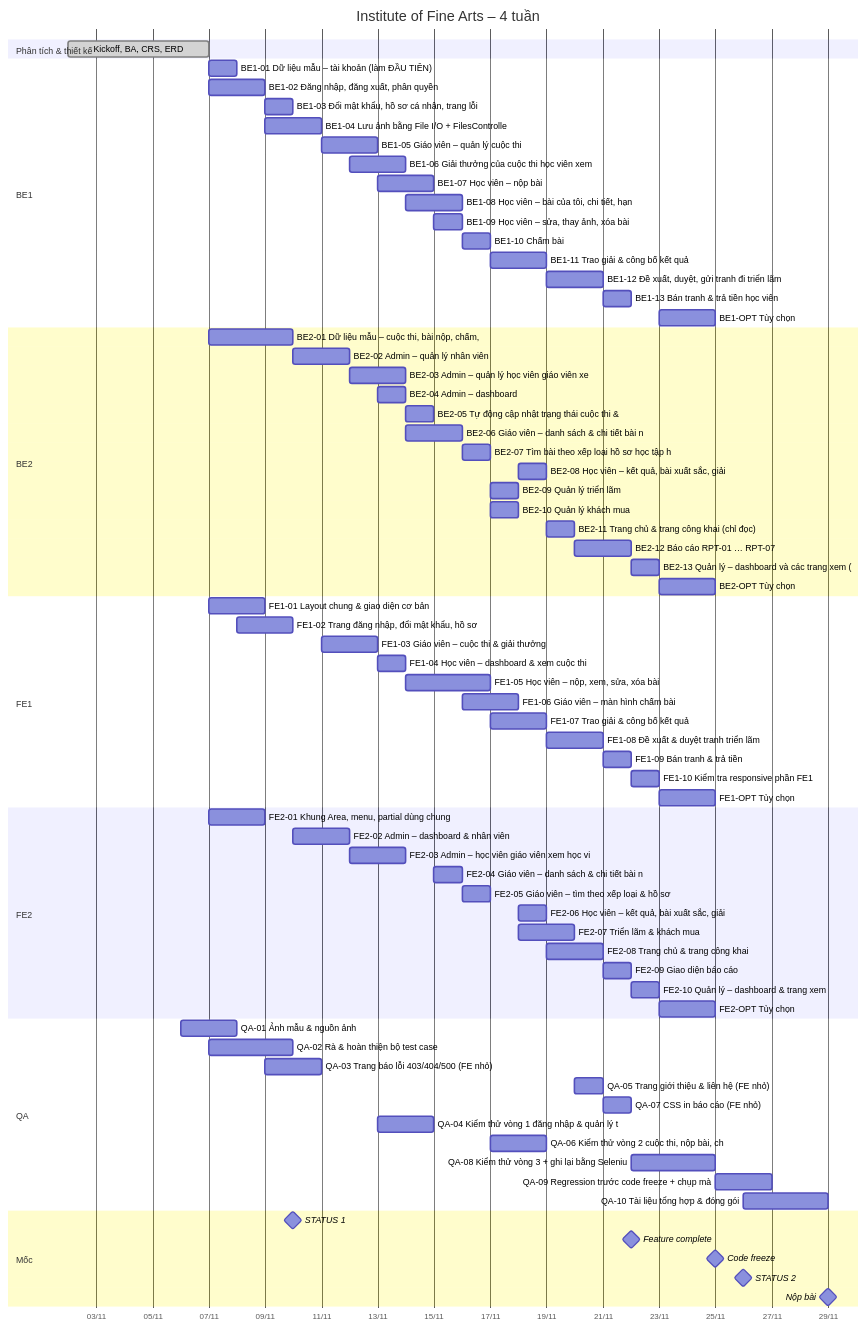
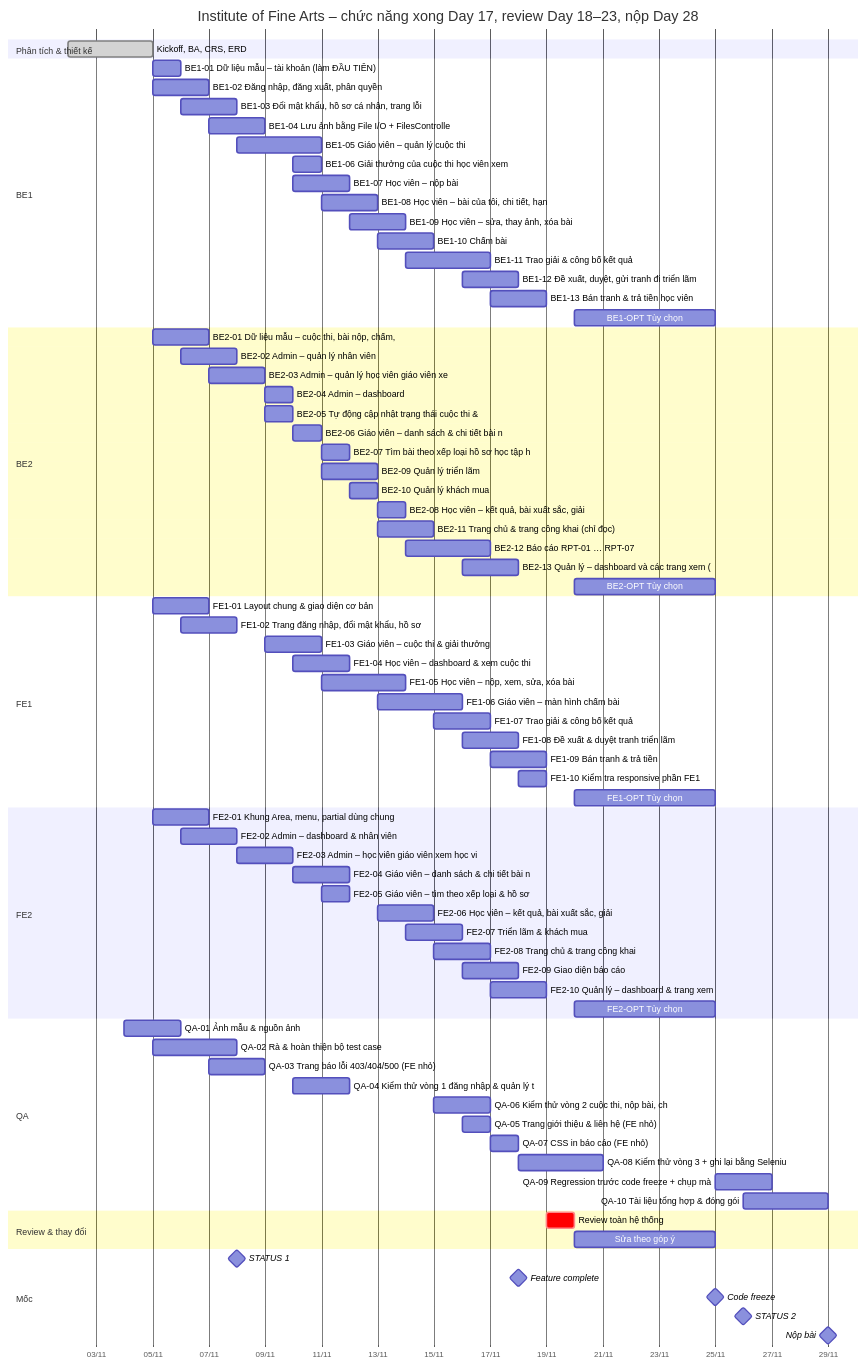
One commit to M0M0M0M0/institute_of_fine_arts changed the diagram in docs/plan/03_Ke_hoach_Tien_do_Phan_cong.md. Above: the diagram before and after it, drawn with Mermaid. The commit also changed other lines of this file and 7 other files, not shown here.

First line of the commit message:
Compress schedule: features done by Day 17, review and changes Day 18-23

````diff
--- a/docs/plan/03_Ke_hoach_Tien_do_Phan_cong.md
+++ b/docs/plan/03_Ke_hoach_Tien_do_Phan_cong.md
@@ -163,79 +169,82 @@
 ```mermaid
 gantt
-    title Institute of Fine Arts – 4 tuần
+    title Institute of Fine Arts – chức năng xong Day 17, review Day 18–23, nộp Day 28
     dateFormat YYYY-MM-DD
     axisFormat %d/%m
     section Phân tích & thiết kế
-    Kickoff, BA, CRS, ERD :done, ba, 2026-11-02, 5d
+    Kickoff, BA, CRS, ERD :done, ba, 2026-11-02, 3d
     section BE1
-    BE1-01 Dữ liệu mẫu – tài khoản (làm ĐẦU TIÊN) :be101, 2026-11-07, 1d
-    BE1-02 Đăng nhập, đăng xuất, phân quyền :be102, 2026-11-07, 2d
-    BE1-03 Đổi mật khẩu, hồ sơ cá nhân, trang lỗi :be103, 2026-11-09, 1d
-    BE1-04 Lưu ảnh bằng File I/O + FilesControlle :be104, 2026-11-09, 2d
-    BE1-05 Giáo viên – quản lý cuộc thi :be105, 2026-11-11, 2d
-    BE1-06 Giải thưởng của cuộc thi  học viên xem :be106, 2026-11-12, 2d
-    BE1-07 Học viên – nộp bài :be107, 2026-11-13, 2d
-    BE1-08 Học viên – bài của tôi, chi tiết, hạn  :be108, 2026-11-14, 2d
-    BE1-09 Học viên – sửa, thay ảnh, xóa bài :be109, 2026-11-15, 1d
-    BE1-10 Chấm bài :be110, 2026-11-16, 1d
-    BE1-11 Trao giải & công bố kết quả :be111, 2026-11-17, 2d
-    BE1-12 Đề xuất, duyệt, gửi tranh đi triển lãm :be112, 2026-11-19, 2d
-    BE1-13 Bán tranh & trả tiền học viên :be113, 2026-11-21, 1d
-    BE1-OPT Tùy chọn :be1opt, 2026-11-23, 2d
+    BE1-01 Dữ liệu mẫu – tài khoản (làm ĐẦU TIÊN) :be101, 2026-11-05, 1d
+    BE1-02 Đăng nhập, đăng xuất, phân quyền :be102, 2026-11-05, 2d
+    BE1-03 Đổi mật khẩu, hồ sơ cá nhân, trang lỗi :be103, 2026-11-06, 2d
+    BE1-04 Lưu ảnh bằng File I/O + FilesControlle :be104, 2026-11-07, 2d
+    BE1-05 Giáo viên – quản lý cuộc thi :be105, 2026-11-08, 3d
+    BE1-06 Giải thưởng của cuộc thi  học viên xem :be106, 2026-11-10, 1d
+    BE1-07 Học viên – nộp bài :be107, 2026-11-10, 2d
+    BE1-08 Học viên – bài của tôi, chi tiết, hạn  :be108, 2026-11-11, 2d
+    BE1-09 Học viên – sửa, thay ảnh, xóa bài :be109, 2026-11-12, 2d
+    BE1-10 Chấm bài :be110, 2026-11-13, 2d
+    BE1-11 Trao giải & công bố kết quả :be111, 2026-11-14, 3d
+    BE1-12 Đề xuất, duyệt, gửi tranh đi triển lãm :be112, 2026-11-16, 2d
+    BE1-13 Bán tranh & trả tiền học viên :be113, 2026-11-17, 2d
+    BE1-OPT Tùy chọn :be1opt, 2026-11-20, 5d
     section BE2
-    BE2-01 Dữ liệu mẫu – cuộc thi, bài nộp, chấm, :be201, 2026-11-07, 3d
-    BE2-02 Admin – quản lý nhân viên :be202, 2026-11-10, 2d
-    BE2-03 Admin – quản lý học viên  giáo viên xe :be203, 2026-11-12, 2d
-    BE2-04 Admin – dashboard :be204, 2026-11-13, 1d
-    BE2-05 Tự động cập nhật trạng thái cuộc thi & :be205, 2026-11-14, 1d
-    BE2-06 Giáo viên – danh sách & chi tiết bài n :be206, 2026-11-14, 2d
-    BE2-07 Tìm bài theo xếp loại  hồ sơ học tập h :be207, 2026-11-16, 1d
-    BE2-08 Học viên – kết quả, bài xuất sắc, giải :be208, 2026-11-18, 1d
-    BE2-09 Quản lý triển lãm :be209, 2026-11-17, 1d
-    BE2-10 Quản lý khách mua :be210, 2026-11-17, 1d
-    BE2-11 Trang chủ & trang công khai (chỉ đọc) :be211, 2026-11-19, 1d
-    BE2-12 Báo cáo RPT-01 … RPT-07 :be212, 2026-11-20, 2d
-    BE2-13 Quản lý – dashboard và các trang xem ( :be213, 2026-11-22, 1d
-    BE2-OPT Tùy chọn :be2opt, 2026-11-23, 2d
+    BE2-01 Dữ liệu mẫu – cuộc thi, bài nộp, chấm, :be201, 2026-11-05, 2d
+    BE2-02 Admin – quản lý nhân viên :be202, 2026-11-06, 2d
+    BE2-03 Admin – quản lý học viên  giáo viên xe :be203, 2026-11-07, 2d
+    BE2-04 Admin – dashboard :be204, 2026-11-09, 1d
+    BE2-05 Tự động cập nhật trạng thái cuộc thi & :be205, 2026-11-09, 1d
+    BE2-06 Giáo viên – danh sách & chi tiết bài n :be206, 2026-11-10, 1d
+    BE2-07 Tìm bài theo xếp loại  hồ sơ học tập h :be207, 2026-11-11, 1d
+    BE2-09 Quản lý triển lãm :be209, 2026-11-11, 2d
+    BE2-10 Quản lý khách mua :be210, 2026-11-12, 1d
+    BE2-08 Học viên – kết quả, bài xuất sắc, giải :be208, 2026-11-13, 1d
+    BE2-11 Trang chủ & trang công khai (chỉ đọc) :be211, 2026-11-13, 2d
+    BE2-12 Báo cáo RPT-01 … RPT-07 :be212, 2026-11-14, 3d
+    BE2-13 Quản lý – dashboard và các trang xem ( :be213, 2026-11-16, 2d
+    BE2-OPT Tùy chọn :be2opt, 2026-11-20, 5d
     section FE1
-    FE1-01 Layout chung & giao diện cơ bản :fe101, 2026-11-07, 2d
-    FE1-02 Trang đăng nhập, đổi mật khẩu, hồ sơ :fe102, 2026-11-08, 2d
-    FE1-03 Giáo viên – cuộc thi & giải thưởng :fe103, 2026-11-11, 2d
-    FE1-04 Học viên – dashboard & xem cuộc thi :fe104, 2026-11-13, 1d
-    FE1-05 Học viên – nộp, xem, sửa, xóa bài :fe105, 2026-11-14, 3d
-    FE1-06 Giáo viên – màn hình chấm bài :fe106, 2026-11-16, 2d
-    FE1-07 Trao giải & công bố kết quả :fe107, 2026-11-17, 2d
-    FE1-08 Đề xuất & duyệt tranh triển lãm :fe108, 2026-11-19, 2d
-    FE1-09 Bán tranh & trả tiền :fe109, 2026-11-21, 1d
-    FE1-10 Kiểm tra responsive phần FE1 :fe110, 2026-11-22, 1d
-    FE1-OPT Tùy chọn :fe1opt, 2026-11-23, 2d
+    FE1-01 Layout chung & giao diện cơ bản :fe101, 2026-11-05, 2d
+    FE1-02 Trang đăng nhập, đổi mật khẩu, hồ sơ :fe102, 2026-11-06, 2d
+    FE1-03 Giáo viên – cuộc thi & giải thưởng :fe103, 2026-11-09, 2d
+    FE1-04 Học viên – dashboard & xem cuộc thi :fe104, 2026-11-10, 2d
+    FE1-05 Học viên – nộp, xem, sửa, xóa bài :fe105, 2026-11-11, 3d
+    FE1-06 Giáo viên – màn hình chấm bài :fe106, 2026-11-13, 3d
+    FE1-07 Trao giải & công bố kết quả :fe107, 2026-11-15, 2d
+    FE1-08 Đề xuất & duyệt tranh triển lãm :fe108, 2026-11-16, 2d
+    FE1-09 Bán tranh & trả tiền :fe109, 2026-11-17, 2d
+    FE1-10 Kiểm tra responsive phần FE1 :fe110, 2026-11-18, 1d
+    FE1-OPT Tùy chọn :fe1opt, 2026-11-20, 5d
     section FE2
-    FE2-01 Khung Area, menu, partial dùng chung :fe201, 2026-11-07, 2d
-    FE2-02 Admin – dashboard & nhân viên :fe202, 2026-11-10, 2d
-    FE2-03 Admin – học viên  giáo viên xem học vi :fe203, 2026-11-12, 2d
-    FE2-04 Giáo viên – danh sách & chi tiết bài n :fe204, 2026-11-15, 1d
-    FE2-05 Giáo viên – tìm theo xếp loại & hồ sơ  :fe205, 2026-11-16, 1d
-    FE2-06 Học viên – kết quả, bài xuất sắc, giải :fe206, 2026-11-18, 1d
-    FE2-07 Triển lãm & khách mua :fe207, 2026-11-18, 2d
-    FE2-08 Trang chủ & trang công khai :fe208, 2026-11-19, 2d
-    FE2-09 Giao diện báo cáo :fe209, 2026-11-21, 1d
-    FE2-10 Quản lý – dashboard & trang xem :fe210, 2026-11-22, 1d
-    FE2-OPT Tùy chọn :fe2opt, 2026-11-23, 2d
+    FE2-01 Khung Area, menu, partial dùng chung :fe201, 2026-11-05, 2d
+    FE2-02 Admin – dashboard & nhân viên :fe202, 2026-11-06, 2d
+    FE2-03 Admin – học viên  giáo viên xem học vi :fe203, 2026-11-08, 2d
+    FE2-04 Giáo viên – danh sách & chi tiết bài n :fe204, 2026-11-10, 2d
+    FE2-05 Giáo viên – tìm theo xếp loại & hồ sơ  :fe205, 2026-11-11, 1d
+    FE2-06 Học viên – kết quả, bài xuất sắc, giải :fe206, 2026-11-13, 2d
+    FE2-07 Triển lãm & khách mua :fe207, 2026-11-14, 2d
+    FE2-08 Trang chủ & trang công khai :fe208, 2026-11-15, 2d
+    FE2-09 Giao diện báo cáo :fe209, 2026-11-16, 2d
+    FE2-10 Quản lý – dashboard & trang xem :fe210, 2026-11-17, 2d
+    FE2-OPT Tùy chọn :fe2opt, 2026-11-20, 5d
     section QA
-    QA-01 Ảnh mẫu & nguồn ảnh :qa01, 2026-11-06, 2d
-    QA-02 Rà & hoàn thiện bộ test case :qa02, 2026-11-07, 3d
-    QA-03 Trang báo lỗi 403/404/500 (FE nhỏ) :qa03, 2026-11-09, 2d
-    QA-05 Trang giới thiệu & liên hệ (FE nhỏ) :qa05, 2026-11-20, 1d
-    QA-07 CSS in báo cáo (FE nhỏ) :qa07, 2026-11-21, 1d
-    QA-04 Kiểm thử vòng 1  đăng nhập & quản lý t :qa04, 2026-11-13, 2d
-    QA-06 Kiểm thử vòng 2  cuộc thi, nộp bài, ch :qa06, 2026-11-17, 2d
-    QA-08 Kiểm thử vòng 3 + ghi lại bằng Seleniu :qa08, 2026-11-22, 3d
+    QA-01 Ảnh mẫu & nguồn ảnh :qa01, 2026-11-04, 2d
+    QA-02 Rà & hoàn thiện bộ test case :qa02, 2026-11-05, 3d
+    QA-03 Trang báo lỗi 403/404/500 (FE nhỏ) :qa03, 2026-11-07, 2d
+    QA-04 Kiểm thử vòng 1  đăng nhập & quản lý t :qa04, 2026-11-10, 2d
+    QA-06 Kiểm thử vòng 2  cuộc thi, nộp bài, ch :qa06, 2026-11-15, 2d
+    QA-05 Trang giới thiệu & liên hệ (FE nhỏ) :qa05, 2026-11-16, 1d
+    QA-07 CSS in báo cáo (FE nhỏ) :qa07, 2026-11-17, 1d
+    QA-08 Kiểm thử vòng 3 + ghi lại bằng Seleniu :qa08, 2026-11-18, 3d
     QA-09 Regression trước code freeze + chụp mà :qa09, 2026-11-25, 2d
     QA-10 Tài liệu tổng hợp & đóng gói :qa10, 2026-11-26, 3d
+    section Review & thay đổi
+    Review toàn hệ thống :crit, rv, 2026-11-19, 1d
+    Sửa theo góp ý :chg, 2026-11-20, 5d
     section Mốc
-    STATUS 1 :milestone, 2026-11-10, 0d
-    Feature complete :milestone, 2026-11-22, 0d
+    STATUS 1 :milestone, 2026-11-08, 0d
+    Feature complete :milestone, 2026-11-18, 0d
     Code freeze :milestone, 2026-11-25, 0d
     STATUS 2 :milestone, 2026-11-26, 0d
     Nộp bài :milestone, 2026-11-29, 0d
 ```
````
